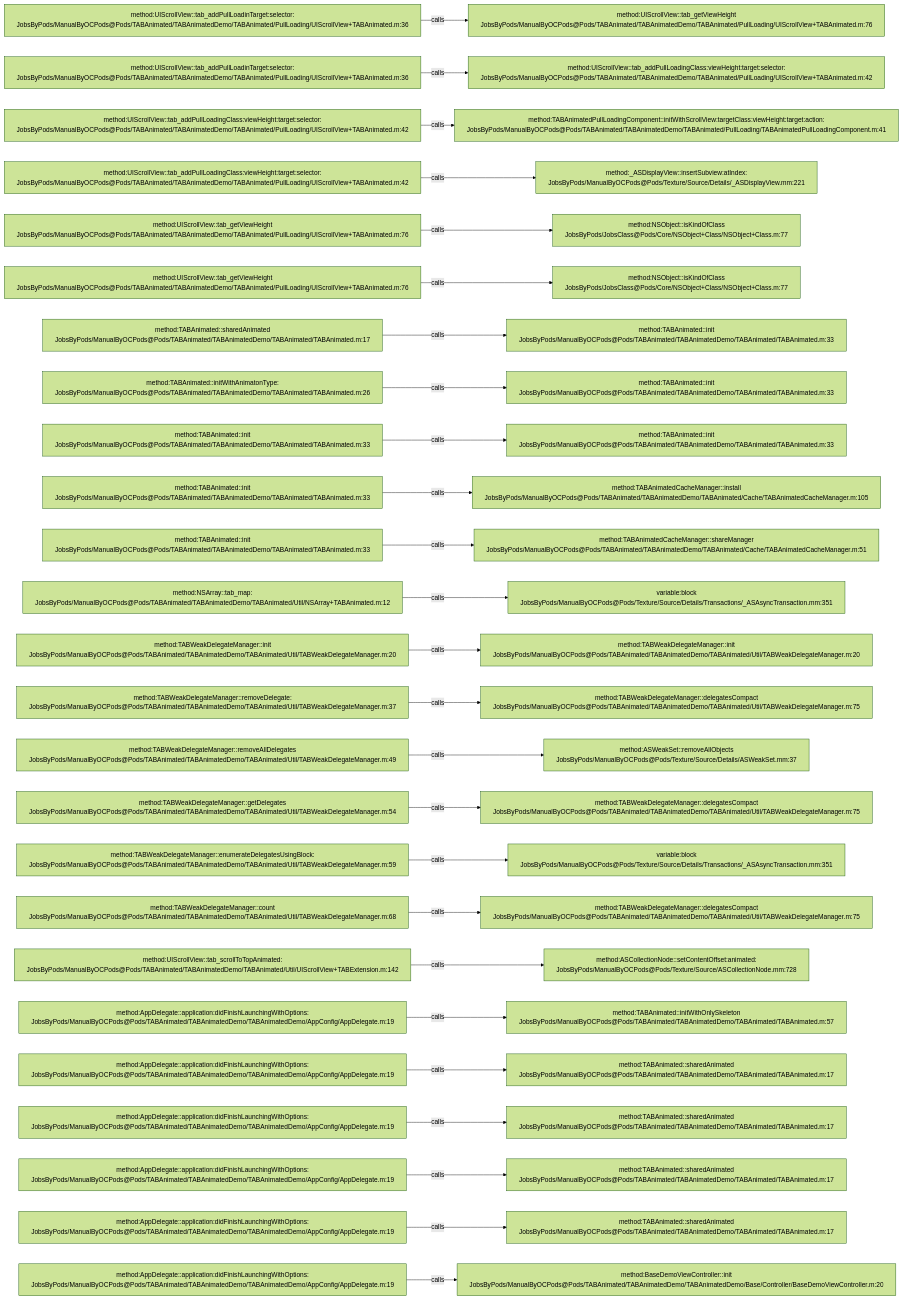
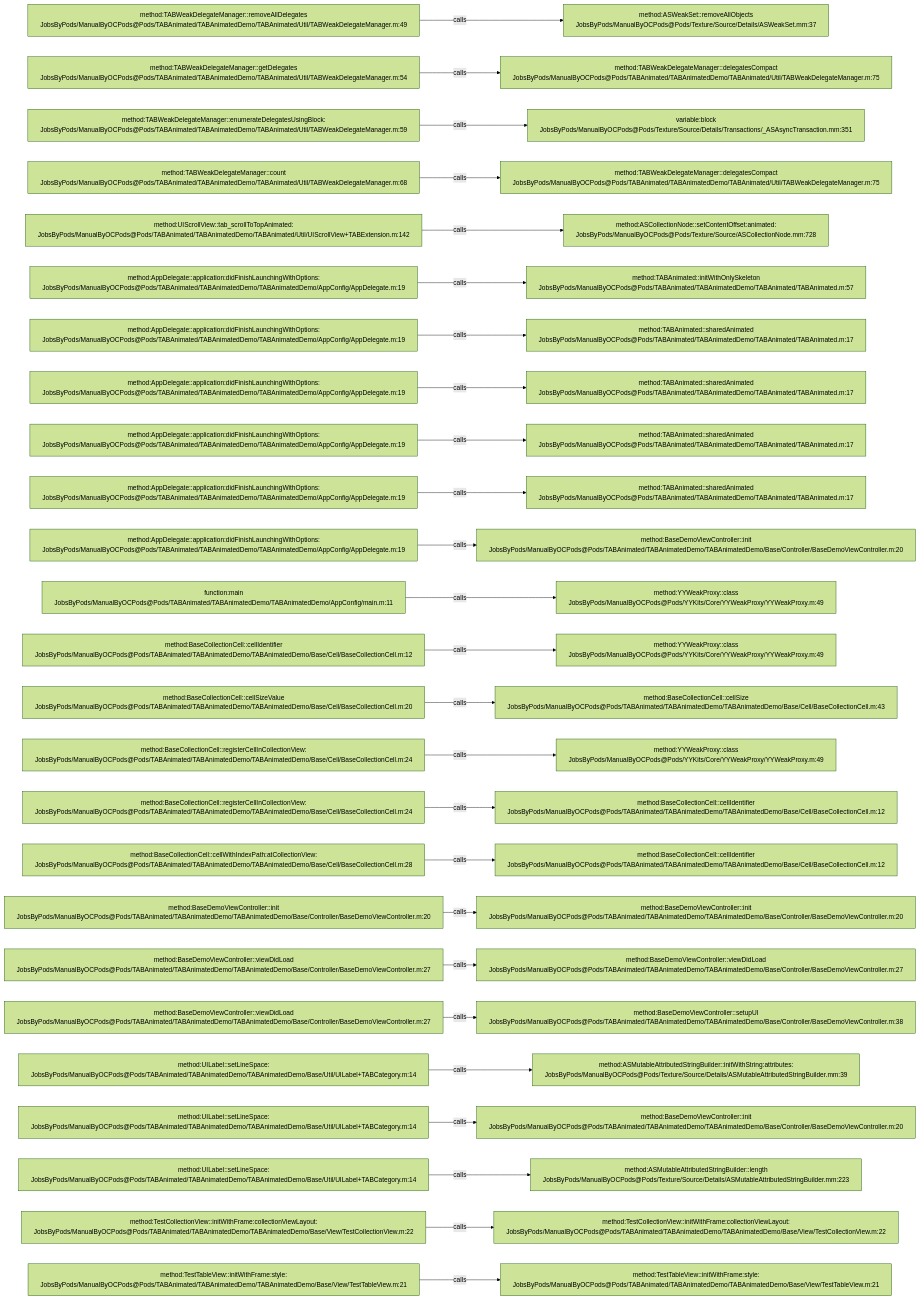
One commit to JobsKits/JobsOCBaseConfigDemo changed the diagram in .codegraph/codegraph.md/graphs/calls-041.md. Above: the diagram before and after it, drawn with Mermaid (forest theme). The commit also changed 296 other files, not shown here.

````diff
--- a/.codegraph/codegraph.md/graphs/calls-041.md
+++ b/.codegraph/codegraph.md/graphs/calls-041.md
@@ -13,78 +13,78 @@
 ```mermaid
 flowchart LR
-  S1["method:UIScrollView::tab_addPullLoadinTarget:selector:<br/>JobsByPods/ManualByOCPods@Pods/TABAnimated/TABAnimatedDemo/TABAnimated/PullLoading/UIScrollView+TABAnimated.m:36"]
-  T1["method:UIScrollView::tab_getViewHeight<br/>JobsByPods/ManualByOCPods@Pods/TABAnimated/TABAnimatedDemo/TABAnimated/PullLoading/UIScrollView+TABAnimated.m:76"]
+  S1["method:TABWeakDelegateManager::removeAllDelegates<br/>JobsByPods/ManualByOCPods@Pods/TABAnimated/TABAnimatedDemo/TABAnimated/Util/TABWeakDelegateManager.m:49"]
+  T1["method:ASWeakSet::removeAllObjects<br/>JobsByPods/ManualByOCPods@Pods/Texture/Source/Details/ASWeakSet.mm:37"]
   S1 -->|calls| T1
-  S2["method:UIScrollView::tab_addPullLoadinTarget:selector:<br/>JobsByPods/ManualByOCPods@Pods/TABAnimated/TABAnimatedDemo/TABAnimated/PullLoading/UIScrollView+TABAnimated.m:36"]
-  T2["method:UIScrollView::tab_addPullLoadingClass:viewHeight:target:selector:<br/>JobsByPods/ManualByOCPods@Pods/TABAnimated/TABAnimatedDemo/TABAnimated/PullLoading/UIScrollView+TABAnimated.m:42"]
+  S2["method:TABWeakDelegateManager::getDelegates<br/>JobsByPods/ManualByOCPods@Pods/TABAnimated/TABAnimatedDemo/TABAnimated/Util/TABWeakDelegateManager.m:54"]
+  T2["method:TABWeakDelegateManager::delegatesCompact<br/>JobsByPods/ManualByOCPods@Pods/TABAnimated/TABAnimatedDemo/TABAnimated/Util/TABWeakDelegateManager.m:75"]
   S2 -->|calls| T2
-  S3["method:UIScrollView::tab_addPullLoadingClass:viewHeight:target:selector:<br/>JobsByPods/ManualByOCPods@Pods/TABAnimated/TABAnimatedDemo/TABAnimated/PullLoading/UIScrollView+TABAnimated.m:42"]
-  T3["method:TABAnimatedPullLoadingComponent::initWithScrollView:targetClass:viewHeight:target:action:<br/>JobsByPods/ManualByOCPods@Pods/TABAnimated/TABAnimatedDemo/TABAnimated/PullLoading/TABAnimatedPullLoadingComponent.m:41"]
+  S3["method:TABWeakDelegateManager::enumerateDelegatesUsingBlock:<br/>JobsByPods/ManualByOCPods@Pods/TABAnimated/TABAnimatedDemo/TABAnimated/Util/TABWeakDelegateManager.m:59"]
+  T3["variable:block<br/>JobsByPods/ManualByOCPods@Pods/Texture/Source/Details/Transactions/_ASAsyncTransaction.mm:351"]
   S3 -->|calls| T3
-  S4["method:UIScrollView::tab_addPullLoadingClass:viewHeight:target:selector:<br/>JobsByPods/ManualByOCPods@Pods/TABAnimated/TABAnimatedDemo/TABAnimated/PullLoading/UIScrollView+TABAnimated.m:42"]
-  T4["method:_ASDisplayView::insertSubview:atIndex:<br/>JobsByPods/ManualByOCPods@Pods/Texture/Source/Details/_ASDisplayView.mm:221"]
+  S4["method:TABWeakDelegateManager::count<br/>JobsByPods/ManualByOCPods@Pods/TABAnimated/TABAnimatedDemo/TABAnimated/Util/TABWeakDelegateManager.m:68"]
+  T4["method:TABWeakDelegateManager::delegatesCompact<br/>JobsByPods/ManualByOCPods@Pods/TABAnimated/TABAnimatedDemo/TABAnimated/Util/TABWeakDelegateManager.m:75"]
   S4 -->|calls| T4
-  S5["method:UIScrollView::tab_getViewHeight<br/>JobsByPods/ManualByOCPods@Pods/TABAnimated/TABAnimatedDemo/TABAnimated/PullLoading/UIScrollView+TABAnimated.m:76"]
-  T5["method:NSObject::isKindOfClass<br/>JobsByPods/JobsClass@Pods/Core/NSObject+Class/NSObject+Class.m:77"]
+  S5["method:UIScrollView::tab_scrollToTopAnimated:<br/>JobsByPods/ManualByOCPods@Pods/TABAnimated/TABAnimatedDemo/TABAnimated/Util/UIScrollView+TABExtension.m:142"]
+  T5["method:ASCollectionNode::setContentOffset:animated:<br/>JobsByPods/ManualByOCPods@Pods/Texture/Source/ASCollectionNode.mm:728"]
   S5 -->|calls| T5
-  S6["method:UIScrollView::tab_getViewHeight<br/>JobsByPods/ManualByOCPods@Pods/TABAnimated/TABAnimatedDemo/TABAnimated/PullLoading/UIScrollView+TABAnimated.m:76"]
-  T6["method:NSObject::isKindOfClass<br/>JobsByPods/JobsClass@Pods/Core/NSObject+Class/NSObject+Class.m:77"]
+  S6["method:AppDelegate::application:didFinishLaunchingWithOptions:<br/>JobsByPods/ManualByOCPods@Pods/TABAnimated/TABAnimatedDemo/TABAnimatedDemo/AppConfig/AppDelegate.m:19"]
+  T6["method:TABAnimated::initWithOnlySkeleton<br/>JobsByPods/ManualByOCPods@Pods/TABAnimated/TABAnimatedDemo/TABAnimated/TABAnimated.m:57"]
   S6 -->|calls| T6
-  S7["method:TABAnimated::sharedAnimated<br/>JobsByPods/ManualByOCPods@Pods/TABAnimated/TABAnimatedDemo/TABAnimated/TABAnimated.m:17"]
-  T7["method:TABAnimated::init<br/>JobsByPods/ManualByOCPods@Pods/TABAnimated/TABAnimatedDemo/TABAnimated/TABAnimated.m:33"]
+  S7["method:AppDelegate::application:didFinishLaunchingWithOptions:<br/>JobsByPods/ManualByOCPods@Pods/TABAnimated/TABAnimatedDemo/TABAnimatedDemo/AppConfig/AppDelegate.m:19"]
+  T7["method:TABAnimated::sharedAnimated<br/>JobsByPods/ManualByOCPods@Pods/TABAnimated/TABAnimatedDemo/TABAnimated/TABAnimated.m:17"]
   S7 -->|calls| T7
-  S8["method:TABAnimated::initWithAnimatonType:<br/>JobsByPods/ManualByOCPods@Pods/TABAnimated/TABAnimatedDemo/TABAnimated/TABAnimated.m:26"]
-  T8["method:TABAnimated::init<br/>JobsByPods/ManualByOCPods@Pods/TABAnimated/TABAnimatedDemo/TABAnimated/TABAnimated.m:33"]
+  S8["method:AppDelegate::application:didFinishLaunchingWithOptions:<br/>JobsByPods/ManualByOCPods@Pods/TABAnimated/TABAnimatedDemo/TABAnimatedDemo/AppConfig/AppDelegate.m:19"]
+  T8["method:TABAnimated::sharedAnimated<br/>JobsByPods/ManualByOCPods@Pods/TABAnimated/TABAnimatedDemo/TABAnimated/TABAnimated.m:17"]
   S8 -->|calls| T8
-  S9["method:TABAnimated::init<br/>JobsByPods/ManualByOCPods@Pods/TABAnimated/TABAnimatedDemo/TABAnimated/TABAnimated.m:33"]
-  T9["method:TABAnimated::init<br/>JobsByPods/ManualByOCPods@Pods/TABAnimated/TABAnimatedDemo/TABAnimated/TABAnimated.m:33"]
+  S9["method:AppDelegate::application:didFinishLaunchingWithOptions:<br/>JobsByPods/ManualByOCPods@Pods/TABAnimated/TABAnimatedDemo/TABAnimatedDemo/AppConfig/AppDelegate.m:19"]
+  T9["method:TABAnimated::sharedAnimated<br/>JobsByPods/ManualByOCPods@Pods/TABAnimated/TABAnimatedDemo/TABAnimated/TABAnimated.m:17"]
   S9 -->|calls| T9
-  S10["method:TABAnimated::init<br/>JobsByPods/ManualByOCPods@Pods/TABAnimated/TABAnimatedDemo/TABAnimated/TABAnimated.m:33"]
-  T10["method:TABAnimatedCacheManager::install<br/>JobsByPods/ManualByOCPods@Pods/TABAnimated/TABAnimatedDemo/TABAnimated/Cache/TABAnimatedCacheManager.m:105"]
+  S10["method:AppDelegate::application:didFinishLaunchingWithOptions:<br/>JobsByPods/ManualByOCPods@Pods/TABAnimated/TABAnimatedDemo/TABAnimatedDemo/AppConfig/AppDelegate.m:19"]
+  T10["method:TABAnimated::sharedAnimated<br/>JobsByPods/ManualByOCPods@Pods/TABAnimated/TABAnimatedDemo/TABAnimated/TABAnimated.m:17"]
   S10 -->|calls| T10
-  S11["method:TABAnimated::init<br/>JobsByPods/ManualByOCPods@Pods/TABAnimated/TABAnimatedDemo/TABAnimated/TABAnimated.m:33"]
-  T11["method:TABAnimatedCacheManager::shareManager<br/>JobsByPods/ManualByOCPods@Pods/TABAnimated/TABAnimatedDemo/TABAnimated/Cache/TABAnimatedCacheManager.m:51"]
+  S11["method:AppDelegate::application:didFinishLaunchingWithOptions:<br/>JobsByPods/ManualByOCPods@Pods/TABAnimated/TABAnimatedDemo/TABAnimatedDemo/AppConfig/AppDelegate.m:19"]
+  T11["method:BaseDemoViewController::init<br/>JobsByPods/ManualByOCPods@Pods/TABAnimated/TABAnimatedDemo/TABAnimatedDemo/Base/Controller/BaseDemoViewController.m:20"]
   S11 -->|calls| T11
-  S12["method:NSArray::tab_map:<br/>JobsByPods/ManualByOCPods@Pods/TABAnimated/TABAnimatedDemo/TABAnimated/Util/NSArray+TABAnimated.m:12"]
-  T12["variable:block<br/>JobsByPods/ManualByOCPods@Pods/Texture/Source/Details/Transactions/_ASAsyncTransaction.mm:351"]
+  S12["function:main<br/>JobsByPods/ManualByOCPods@Pods/TABAnimated/TABAnimatedDemo/TABAnimatedDemo/AppConfig/main.m:11"]
+  T12["method:YYWeakProxy::class<br/>JobsByPods/ManualByOCPods@Pods/YYKits/Core/YYWeakProxy/YYWeakProxy.m:49"]
   S12 -->|calls| T12
-  S13["method:TABWeakDelegateManager::init<br/>JobsByPods/ManualByOCPods@Pods/TABAnimated/TABAnimatedDemo/TABAnimated/Util/TABWeakDelegateManager.m:20"]
-  T13["method:TABWeakDelegateManager::init<br/>JobsByPods/ManualByOCPods@Pods/TABAnimated/TABAnimatedDemo/TABAnimated/Util/TABWeakDelegateManager.m:20"]
+  S13["method:BaseCollectionCell::cellIdentifier<br/>JobsByPods/ManualByOCPods@Pods/TABAnimated/TABAnimatedDemo/TABAnimatedDemo/Base/Cell/BaseCollectionCell.m:12"]
+  T13["method:YYWeakProxy::class<br/>JobsByPods/ManualByOCPods@Pods/YYKits/Core/YYWeakProxy/YYWeakProxy.m:49"]
   S13 -->|calls| T13
-  S14["method:TABWeakDelegateManager::removeDelegate:<br/>JobsByPods/ManualByOCPods@Pods/TABAnimated/TABAnimatedDemo/TABAnimated/Util/TABWeakDelegateManager.m:37"]
-  T14["method:TABWeakDelegateManager::delegatesCompact<br/>JobsByPods/ManualByOCPods@Pods/TABAnimated/TABAnimatedDemo/TABAnimated/Util/TABWeakDelegateManager.m:75"]
+  S14["method:BaseCollectionCell::cellSizeValue<br/>JobsByPods/ManualByOCPods@Pods/TABAnimated/TABAnimatedDemo/TABAnimatedDemo/Base/Cell/BaseCollectionCell.m:20"]
+  T14["method:BaseCollectionCell::cellSize<br/>JobsByPods/ManualByOCPods@Pods/TABAnimated/TABAnimatedDemo/TABAnimatedDemo/Base/Cell/BaseCollectionCell.m:43"]
   S14 -->|calls| T14
-  S15["method:TABWeakDelegateManager::removeAllDelegates<br/>JobsByPods/ManualByOCPods@Pods/TABAnimated/TABAnimatedDemo/TABAnimated/Util/TABWeakDelegateManager.m:49"]
-  T15["method:ASWeakSet::removeAllObjects<br/>JobsByPods/ManualByOCPods@Pods/Texture/Source/Details/ASWeakSet.mm:37"]
+  S15["method:BaseCollectionCell::registerCellInCollectionView:<br/>JobsByPods/ManualByOCPods@Pods/TABAnimated/TABAnimatedDemo/TABAnimatedDemo/Base/Cell/BaseCollectionCell.m:24"]
+  T15["method:YYWeakProxy::class<br/>JobsByPods/ManualByOCPods@Pods/YYKits/Core/YYWeakProxy/YYWeakProxy.m:49"]
   S15 -->|calls| T15
-  S16["method:TABWeakDelegateManager::getDelegates<br/>JobsByPods/ManualByOCPods@Pods/TABAnimated/TABAnimatedDemo/TABAnimated/Util/TABWeakDelegateManager.m:54"]
-  T16["method:TABWeakDelegateManager::delegatesCompact<br/>JobsByPods/ManualByOCPods@Pods/TABAnimated/TABAnimatedDemo/TABAnimated/Util/TABWeakDelegateManager.m:75"]
+  S16["method:BaseCollectionCell::registerCellInCollectionView:<br/>JobsByPods/ManualByOCPods@Pods/TABAnimated/TABAnimatedDemo/TABAnimatedDemo/Base/Cell/BaseCollectionCell.m:24"]
+  T16["method:BaseCollectionCell::cellIdentifier<br/>JobsByPods/ManualByOCPods@Pods/TABAnimated/TABAnimatedDemo/TABAnimatedDemo/Base/Cell/BaseCollectionCell.m:12"]
   S16 -->|calls| T16
-  S17["method:TABWeakDelegateManager::enumerateDelegatesUsingBlock:<br/>JobsByPods/ManualByOCPods@Pods/TABAnimated/TABAnimatedDemo/TABAnimated/Util/TABWeakDelegateManager.m:59"]
-  T17["variable:block<br/>JobsByPods/ManualByOCPods@Pods/Texture/Source/Details/Transactions/_ASAsyncTransaction.mm:351"]
+  S17["method:BaseCollectionCell::cellWithIndexPath:atCollectionView:<br/>JobsByPods/ManualByOCPods@Pods/TABAnimated/TABAnimatedDemo/TABAnimatedDemo/Base/Cell/BaseCollectionCell.m:28"]
+  T17["method:BaseCollectionCell::cellIdentifier<br/>JobsByPods/ManualByOCPods@Pods/TABAnimated/TABAnimatedDemo/TABAnimatedDemo/Base/Cell/BaseCollectionCell.m:12"]
   S17 -->|calls| T17
-  S18["method:TABWeakDelegateManager::count<br/>JobsByPods/ManualByOCPods@Pods/TABAnimated/TABAnimatedDemo/TABAnimated/Util/TABWeakDelegateManager.m:68"]
-  T18["method:TABWeakDelegateManager::delegatesCompact<br/>JobsByPods/ManualByOCPods@Pods/TABAnimated/TABAnimatedDemo/TABAnimated/Util/TABWeakDelegateManager.m:75"]
+  S18["method:BaseDemoViewController::init<br/>JobsByPods/ManualByOCPods@Pods/TABAnimated/TABAnimatedDemo/TABAnimatedDemo/Base/Controller/BaseDemoViewController.m:20"]
+  T18["method:BaseDemoViewController::init<br/>JobsByPods/ManualByOCPods@Pods/TABAnimated/TABAnimatedDemo/TABAnimatedDemo/Base/Controller/BaseDemoViewController.m:20"]
   S18 -->|calls| T18
-  S19["method:UIScrollView::tab_scrollToTopAnimated:<br/>JobsByPods/ManualByOCPods@Pods/TABAnimated/TABAnimatedDemo/TABAnimated/Util/UIScrollView+TABExtension.m:142"]
-  T19["method:ASCollectionNode::setContentOffset:animated:<br/>JobsByPods/ManualByOCPods@Pods/Texture/Source/ASCollectionNode.mm:728"]
+  S19["method:BaseDemoViewController::viewDidLoad<br/>JobsByPods/ManualByOCPods@Pods/TABAnimated/TABAnimatedDemo/TABAnimatedDemo/Base/Controller/BaseDemoViewController.m:27"]
+  T19["method:BaseDemoViewController::viewDidLoad<br/>JobsByPods/ManualByOCPods@Pods/TABAnimated/TABAnimatedDemo/TABAnimatedDemo/Base/Controller/BaseDemoViewController.m:27"]
   S19 -->|calls| T19
-  S20["method:AppDelegate::application:didFinishLaunchingWithOptions:<br/>JobsByPods/ManualByOCPods@Pods/TABAnimated/TABAnimatedDemo/TABAnimatedDemo/AppConfig/AppDelegate.m:19"]
-  T20["method:TABAnimated::initWithOnlySkeleton<br/>JobsByPods/ManualByOCPods@Pods/TABAnimated/TABAnimatedDemo/TABAnimated/TABAnimated.m:57"]
+  S20["method:BaseDemoViewController::viewDidLoad<br/>JobsByPods/ManualByOCPods@Pods/TABAnimated/TABAnimatedDemo/TABAnimatedDemo/Base/Controller/BaseDemoViewController.m:27"]
+  T20["method:BaseDemoViewController::setupUI<br/>JobsByPods/ManualByOCPods@Pods/TABAnimated/TABAnimatedDemo/TABAnimatedDemo/Base/Controller/BaseDemoViewController.m:38"]
   S20 -->|calls| T20
-  S21["method:AppDelegate::application:didFinishLaunchingWithOptions:<br/>JobsByPods/ManualByOCPods@Pods/TABAnimated/TABAnimatedDemo/TABAnimatedDemo/AppConfig/AppDelegate.m:19"]
-  T21["method:TABAnimated::sharedAnimated<br/>JobsByPods/ManualByOCPods@Pods/TABAnimated/TABAnimatedDemo/TABAnimated/TABAnimated.m:17"]
+  S21["method:UILabel::setLineSpace:<br/>JobsByPods/ManualByOCPods@Pods/TABAnimated/TABAnimatedDemo/TABAnimatedDemo/Base/Util/UILabel+TABCategory.m:14"]
+  T21["method:ASMutableAttributedStringBuilder::initWithString:attributes:<br/>JobsByPods/ManualByOCPods@Pods/Texture/Source/Details/ASMutableAttributedStringBuilder.mm:39"]
   S21 -->|calls| T21
-  S22["method:AppDelegate::application:didFinishLaunchingWithOptions:<br/>JobsByPods/ManualByOCPods@Pods/TABAnimated/TABAnimatedDemo/TABAnimatedDemo/AppConfig/AppDelegate.m:19"]
-  T22["method:TABAnimated::sharedAnimated<br/>JobsByPods/ManualByOCPods@Pods/TABAnimated/TABAnimatedDemo/TABAnimated/TABAnimated.m:17"]
+  S22["method:UILabel::setLineSpace:<br/>JobsByPods/ManualByOCPods@Pods/TABAnimated/TABAnimatedDemo/TABAnimatedDemo/Base/Util/UILabel+TABCategory.m:14"]
+  T22["method:BaseDemoViewController::init<br/>JobsByPods/ManualByOCPods@Pods/TABAnimated/TABAnimatedDemo/TABAnimatedDemo/Base/Controller/BaseDemoViewController.m:20"]
   S22 -->|calls| T22
-  S23["method:AppDelegate::application:didFinishLaunchingWithOptions:<br/>JobsByPods/ManualByOCPods@Pods/TABAnimated/TABAnimatedDemo/TABAnimatedDemo/AppConfig/AppDelegate.m:19"]
-  T23["method:TABAnimated::sharedAnimated<br/>JobsByPods/ManualByOCPods@Pods/TABAnimated/TABAnimatedDemo/TABAnimated/TABAnimated.m:17"]
+  S23["method:UILabel::setLineSpace:<br/>JobsByPods/ManualByOCPods@Pods/TABAnimated/TABAnimatedDemo/TABAnimatedDemo/Base/Util/UILabel+TABCategory.m:14"]
+  T23["method:ASMutableAttributedStringBuilder::length<br/>JobsByPods/ManualByOCPods@Pods/Texture/Source/Details/ASMutableAttributedStringBuilder.mm:223"]
   S23 -->|calls| T23
-  S24["method:AppDelegate::application:didFinishLaunchingWithOptions:<br/>JobsByPods/ManualByOCPods@Pods/TABAnimated/TABAnimatedDemo/TABAnimatedDemo/AppConfig/AppDelegate.m:19"]
-  T24["method:TABAnimated::sharedAnimated<br/>JobsByPods/ManualByOCPods@Pods/TABAnimated/TABAnimatedDemo/TABAnimated/TABAnimated.m:17"]
+  S24["method:TestCollectionView::initWithFrame:collectionViewLayout:<br/>JobsByPods/ManualByOCPods@Pods/TABAnimated/TABAnimatedDemo/TABAnimatedDemo/Base/View/TestCollectionView.m:22"]
+  T24["method:TestCollectionView::initWithFrame:collectionViewLayout:<br/>JobsByPods/ManualByOCPods@Pods/TABAnimated/TABAnimatedDemo/TABAnimatedDemo/Base/View/TestCollectionView.m:22"]
   S24 -->|calls| T24
-  S25["method:AppDelegate::application:didFinishLaunchingWithOptions:<br/>JobsByPods/ManualByOCPods@Pods/TABAnimated/TABAnimatedDemo/TABAnimatedDemo/AppConfig/AppDelegate.m:19"]
-  T25["method:BaseDemoViewController::init<br/>JobsByPods/ManualByOCPods@Pods/TABAnimated/TABAnimatedDemo/TABAnimatedDemo/Base/Controller/BaseDemoViewController.m:20"]
+  S25["method:TestTableView::initWithFrame:style:<br/>JobsByPods/ManualByOCPods@Pods/TABAnimated/TABAnimatedDemo/TABAnimatedDemo/Base/View/TestTableView.m:21"]
+  T25["method:TestTableView::initWithFrame:style:<br/>JobsByPods/ManualByOCPods@Pods/TABAnimated/TABAnimatedDemo/TABAnimatedDemo/Base/View/TestTableView.m:21"]
   S25 -->|calls| T25
 ```
````
